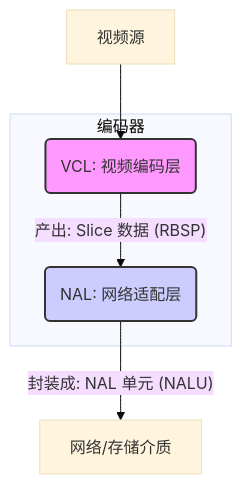
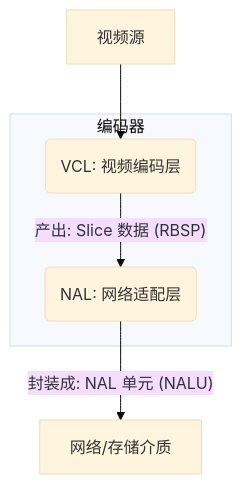
The diagram in 6-音视频学习/2 音视频图像处理/H.264 协议解析与数据提取.md (HHH-CHN17/CppStudy), drawn with Mermaid (base theme) before and after one commit. The commit also changed 2 other files, not shown here.

````diff
--- a/6-音视频学习/2 音视频图像处理/H.264 协议解析与数据提取.md
+++ b/6-音视频学习/2 音视频图像处理/H.264 协议解析与数据提取.md
@@ -45,13 +45,10 @@
 ```mermaid
 graph TD;
     subgraph 编码器
         A(VCL: 视频编码层);
         B(NAL: 网络适配层);
     end
     RawVideo[视频源] --> A;
     A -- "产出: Slice 数据 (RBSP)" --> B;
     B -- "封装成: NAL 单元 (NALU)" --> Network[网络/存储介质];
-
-    style A fill:#f9f,stroke:#333,stroke-width:2px;
-    style B fill:#ccf,stroke:#333,stroke-width:2px;
 ```
````
